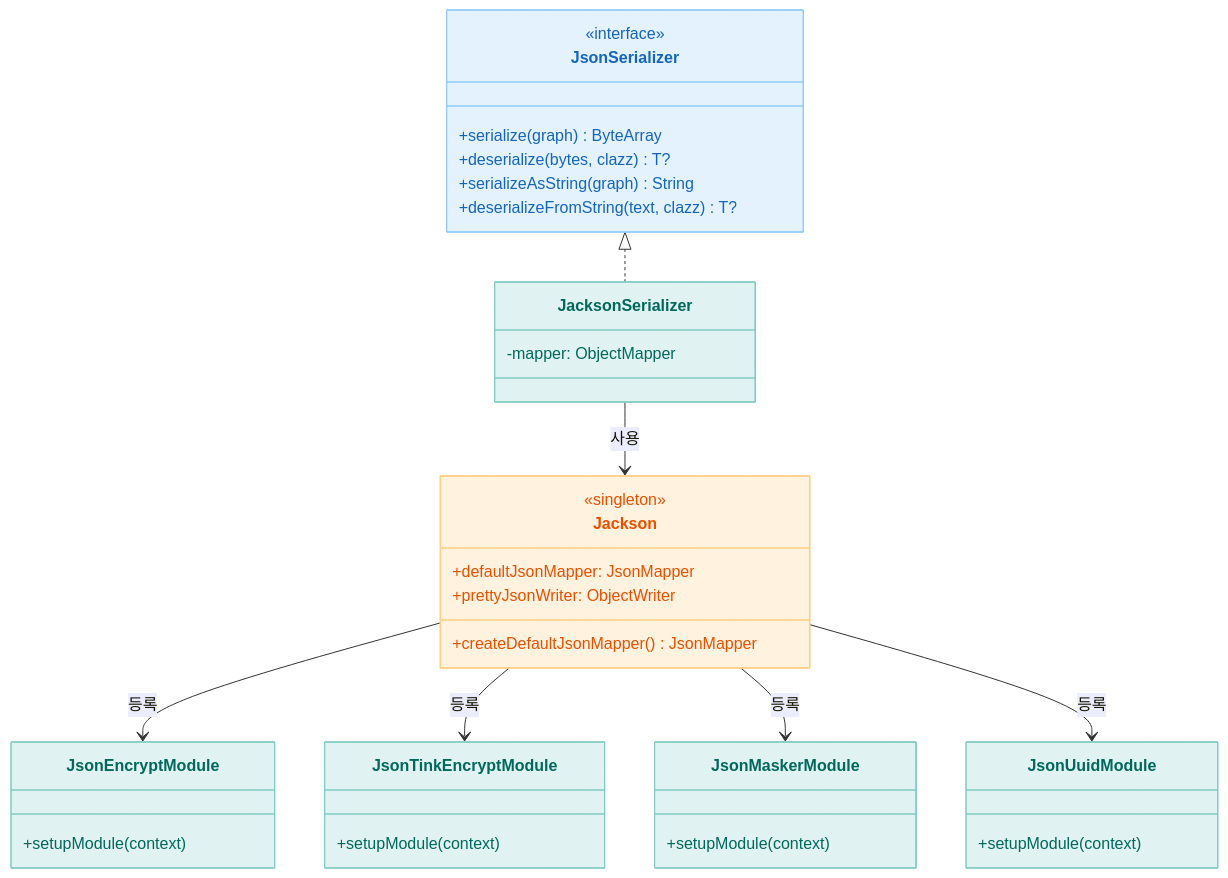
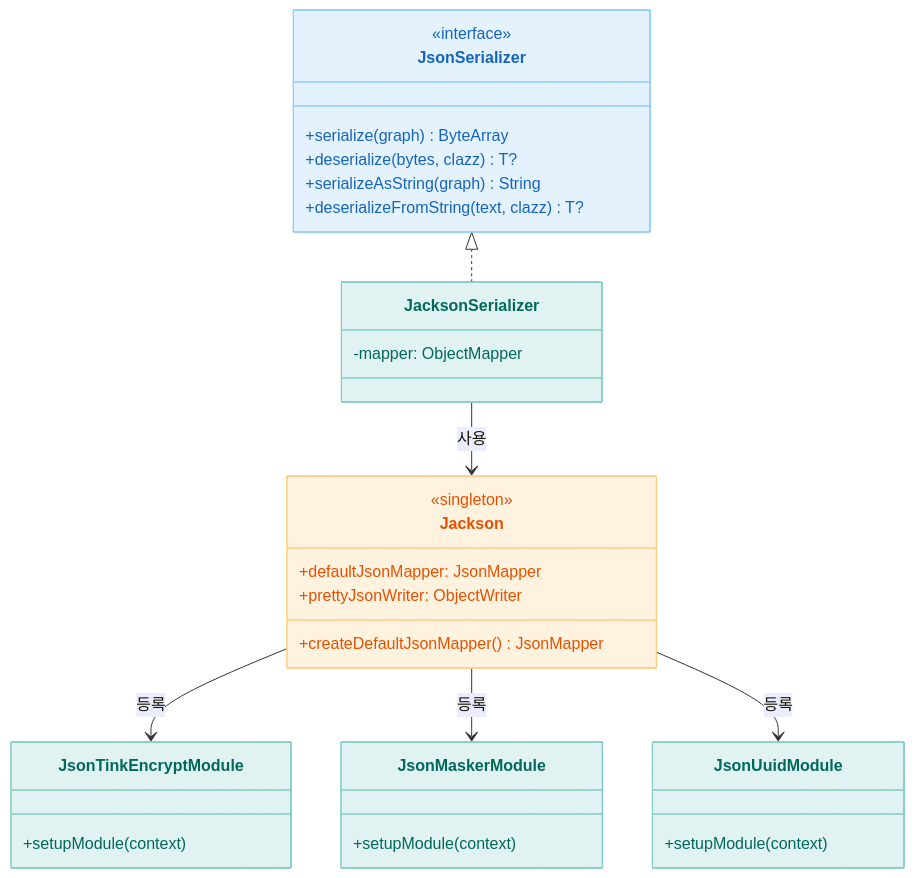
Before and after one commit to bluetape4k/bluetape4k-projects: the second of 3 diagrams in io/jackson3/README.ko.md, drawn with Mermaid. The commit also changed other lines of this file and 7 other files, not shown here.

````diff
--- a/io/jackson3/README.ko.md
+++ b/io/jackson3/README.ko.md
@@ -321,52 +328,46 @@
 ```mermaid
 classDiagram
     class JsonSerializer {
         <<interface>>
         +serialize(graph) ByteArray
         +deserialize(bytes, clazz) T?
         +serializeAsString(graph) String
         +deserializeFromString(text, clazz) T?
     }
 
     class JacksonSerializer {
         -mapper: ObjectMapper
     }
 
     class Jackson {
         <<singleton>>
         +defaultJsonMapper: JsonMapper
         +prettyJsonWriter: ObjectWriter
         +createDefaultJsonMapper() JsonMapper
     }
 
-    class JsonEncryptModule {
-        +setupModule(context)
-    }
-
     class JsonTinkEncryptModule {
         +setupModule(context)
     }
 
     class JsonMaskerModule {
         +setupModule(context)
     }
 
     class JsonUuidModule {
         +setupModule(context)
     }
 
     JsonSerializer <|.. JacksonSerializer
     JacksonSerializer --> Jackson : 사용
-    Jackson --> JsonEncryptModule : 등록
     Jackson --> JsonTinkEncryptModule : 등록
     Jackson --> JsonMaskerModule : 등록
     Jackson --> JsonUuidModule : 등록
 
     style JsonSerializer fill:#E3F2FD,stroke:#90CAF9,color:#1565C0
     style JacksonSerializer fill:#E0F2F1,stroke:#80CBC4,color:#00695C
     style Jackson fill:#FFF3E0,stroke:#FFCC80,color:#E65100
-    style JsonEncryptModule fill:#E0F2F1,stroke:#80CBC4,color:#00695C
     style JsonTinkEncryptModule fill:#E0F2F1,stroke:#80CBC4,color:#00695C
     style JsonMaskerModule fill:#E0F2F1,stroke:#80CBC4,color:#00695C
     style JsonUuidModule fill:#E0F2F1,stroke:#80CBC4,color:#00695C
 ```
````
